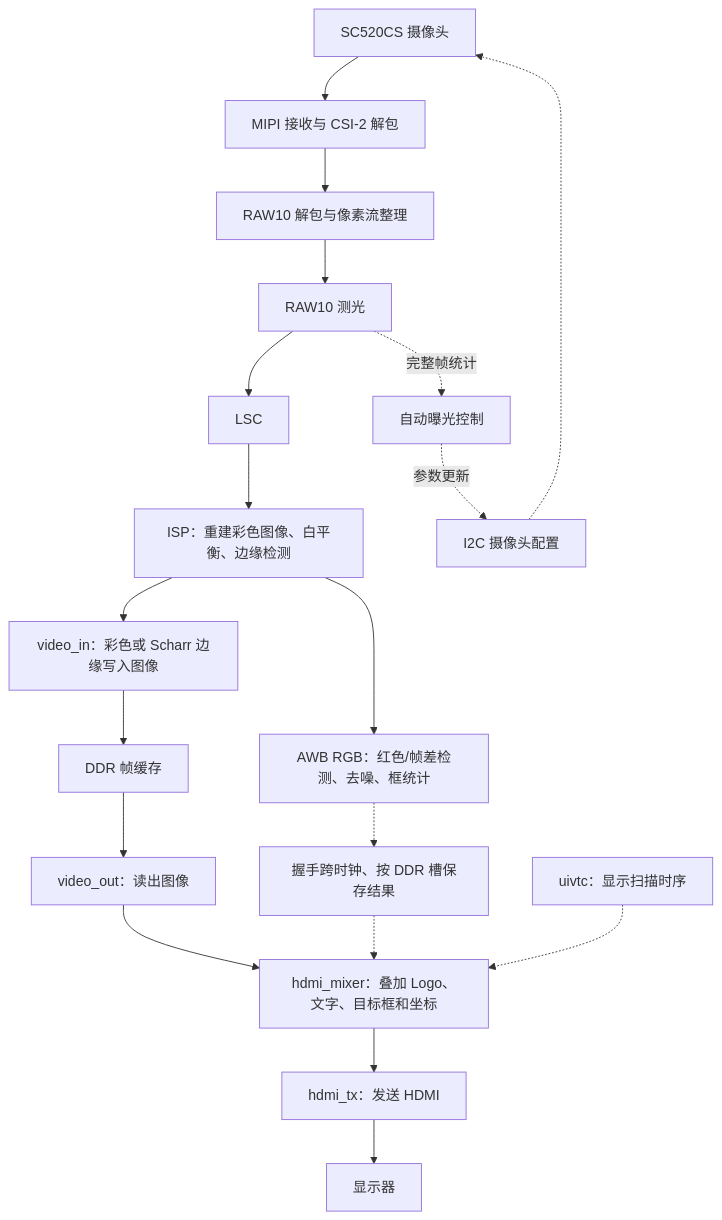
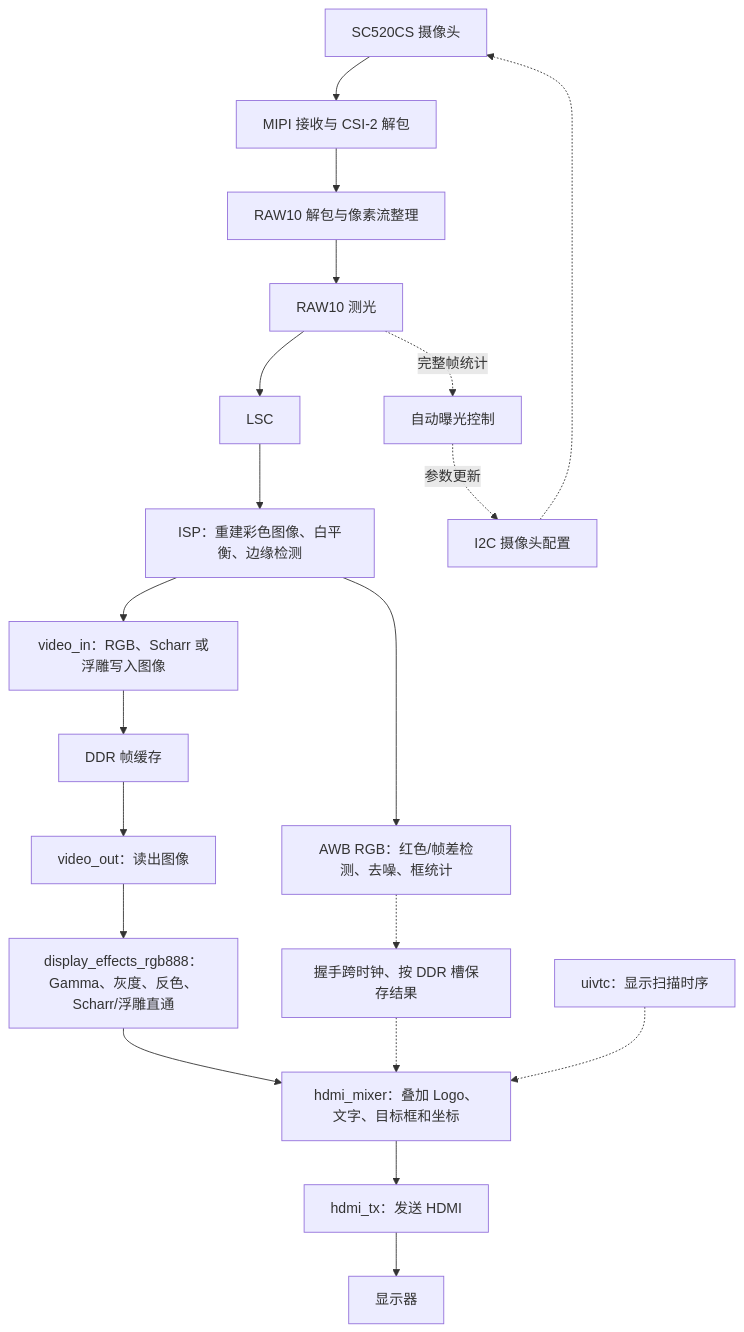
Before and after one commit to zhixiabei/FPGA-competition: the diagram in docs/CODE_MAP.md, drawn with Mermaid. The commit also changed other lines of this file and 45 other files, not shown here.

````diff
--- a/docs/CODE_MAP.md
+++ b/docs/CODE_MAP.md
@@ -131,21 +223,22 @@
 ```mermaid
 flowchart TD
     CAM[SC520CS 摄像头] --> RX[MIPI 接收与 CSI-2 解包]
     RX --> RAW[RAW10 解包与像素流整理]
     RAW --> AESTATS[RAW10 测光]
     AESTATS --> LSC[LSC]
     LSC --> ISP[ISP：重建彩色图像、白平衡、边缘检测]
     AESTATS -. 完整帧统计 .-> AE[自动曝光控制]
     AE -. 参数更新 .-> CFG
     ISP --> DET[AWB RGB：红色/帧差检测、去噪、框统计]
-    ISP --> VIN[video_in：彩色或 Scharr 边缘写入图像]
+    ISP --> VIN[video_in：RGB、Scharr 或浮雕写入图像]
     VIN --> MEM[DDR 帧缓存]
     MEM --> VOUT[video_out：读出图像]
-    VOUT --> OSD[hdmi_mixer：叠加 Logo、文字、目标框和坐标]
+    VOUT --> TONE[display_effects_rgb888：Gamma、灰度、反色、Scharr/浮雕直通]
+    TONE --> OSD[hdmi_mixer：叠加 Logo、文字、目标框和坐标]
     DET -.-> META[握手跨时钟、按 DDR 槽保存结果]
     META -.-> OSD
     OSD --> TX[hdmi_tx：发送 HDMI]
     TX --> MON[显示器]
     CFG[I2C 摄像头配置] -.-> CAM
     VTC[uivtc：显示扫描时序] -.-> OSD
 ```
````
